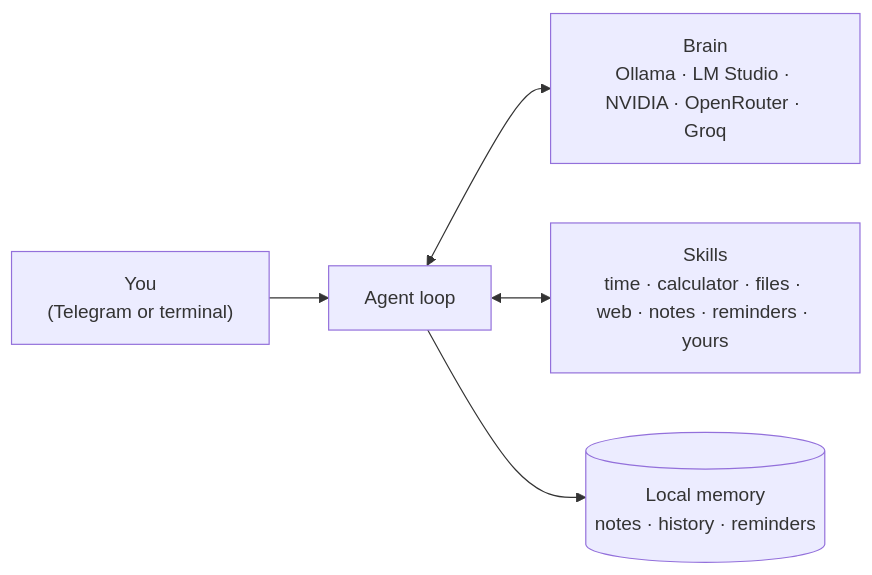
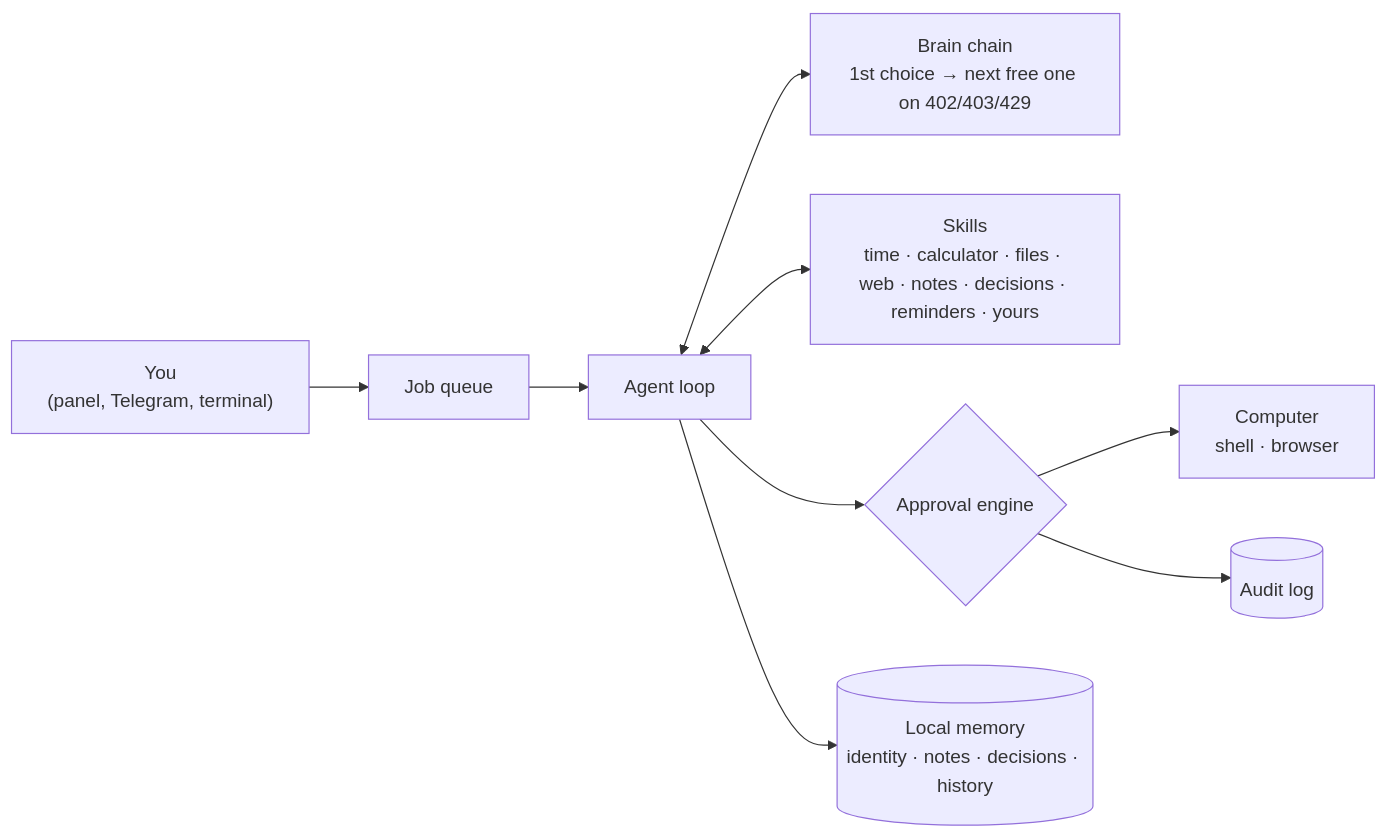
The diagram in README.md (wansJaxell/pocket-agent), drawn with Mermaid before and after one commit. The commit also changed other lines of this file and 2 other files, not shown here.

Commit message:
README for 0.2: panel, brain fallbacks, memory, locked mode, approvals; version 0.2.0

````diff
--- a/README.md
+++ b/README.md
@@ -19,7 +22,9 @@
 ```mermaid
 flowchart LR
-    U["You<br/>(Telegram or terminal)"] --> A[Agent loop]
-    A <--> B["Brain<br/>Ollama · LM Studio · NVIDIA · OpenRouter · Groq"]
-    A <--> S["Skills<br/>time · calculator · files · web · notes · reminders · yours"]
-    A --> M[("Local memory<br/>notes · history · reminders")]
+    U["You<br/>(panel, Telegram, terminal)"] --> J[Job queue] --> A[Agent loop]
+    A <--> R["Brain chain<br/>1st choice → next free one on 402/403/429"]
+    A <--> S["Skills<br/>time · calculator · files · web · notes · decisions · reminders · yours"]
+    A --> G{"Approval engine"} --> O["Computer<br/>shell · browser"]
+    A --> M[("Local memory<br/>identity · notes · decisions · history")]
+    G --> L[("Audit log")]
 ```
````
